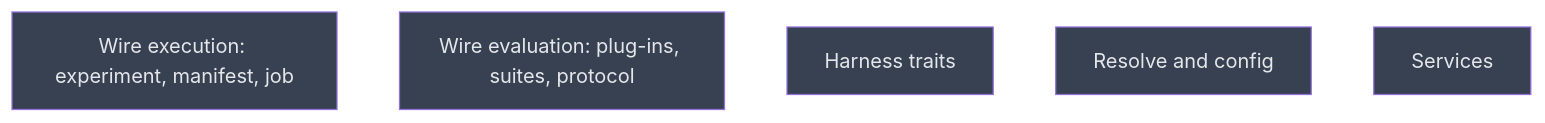
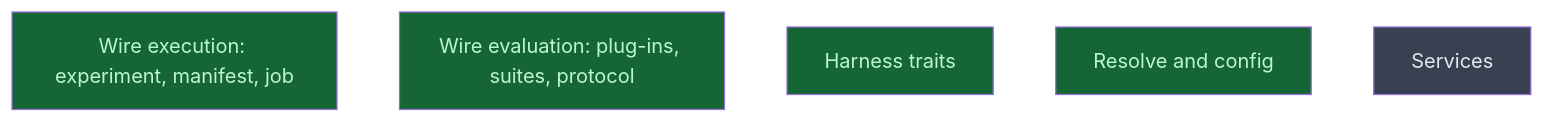
One commit to CrackingShells/Candler changed the diagram in __roadmap__/m1-contracts/interfaces/README.md. Above: the diagram before and after it, drawn with Mermaid. The commit also changed other lines of this file and 4 other files, not shown here.

````diff
--- a/__roadmap__/m1-contracts/interfaces/README.md
+++ b/__roadmap__/m1-contracts/interfaces/README.md
@@ -18,13 +18,13 @@
 ```mermaid
 graph TD
-    wire_execution[Wire execution: experiment, manifest, job]:::planned
-    wire_evaluation[Wire evaluation: plug-ins, suites, protocol]:::planned
-    harness_traits[Harness traits]:::planned
-    resolve_config[Resolve and config]:::planned
+    wire_execution[Wire execution: experiment, manifest, job]:::done
+    wire_evaluation[Wire evaluation: plug-ins, suites, protocol]:::done
+    harness_traits[Harness traits]:::done
+    resolve_config[Resolve and config]:::done
     services[Services]:::planned
     classDef done       fill:#166534,color:#bbf7d0
     classDef inprogress fill:#854d0e,color:#fef08a
     classDef planned    fill:#374151,color:#e5e7eb
     classDef amendment  fill:#1e3a5f,color:#bfdbfe
     classDef blocked    fill:#7f1d1d,color:#fecaca
 ```
````
